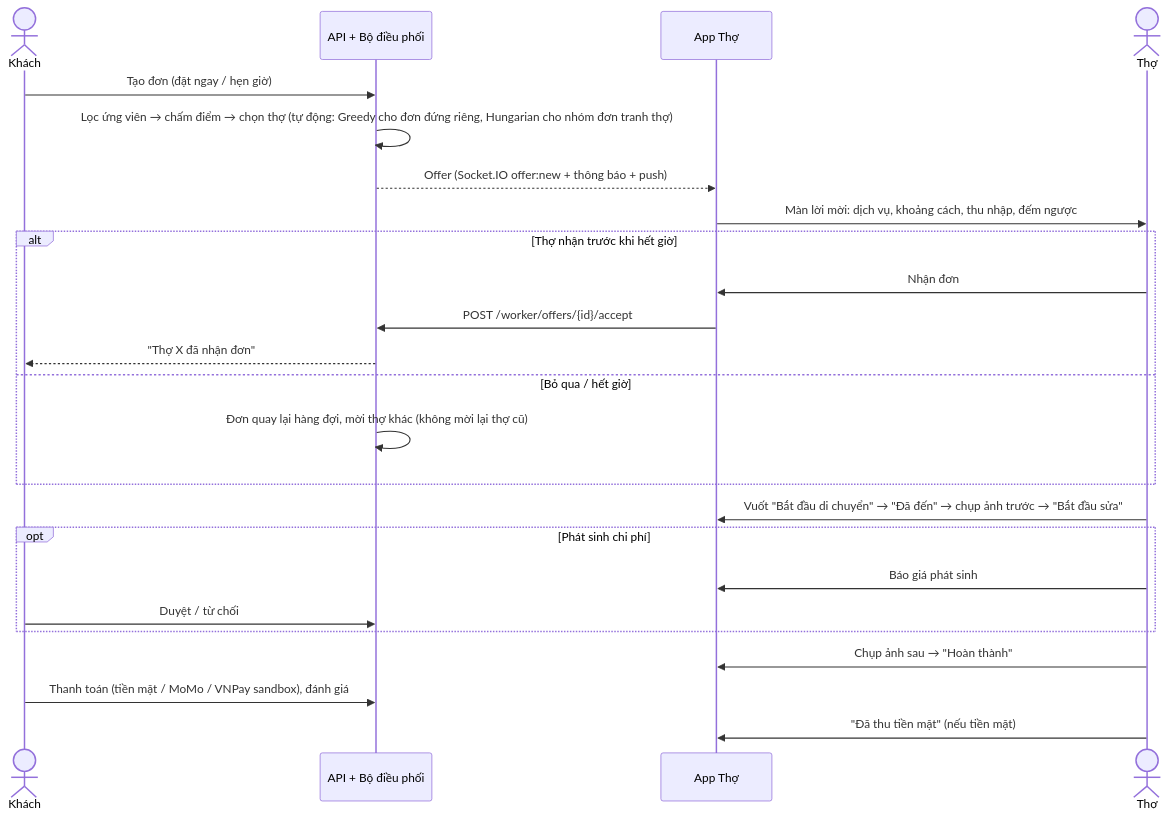
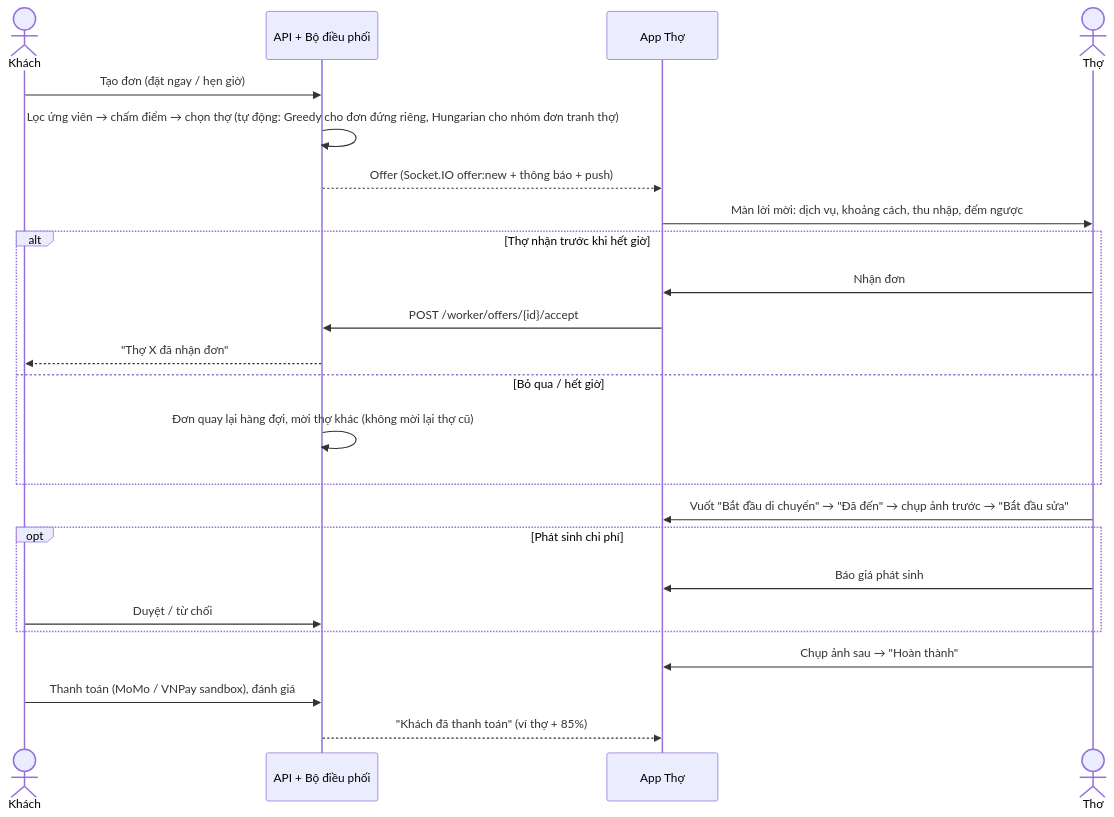
Before and after one commit to archuser-q/ReactJS: the second of 3 diagrams in thonhanh-worker-app/docs/THIET_KE_APP_THO.md, drawn with Mermaid. The commit also changed other lines of this file and 33 other files, not shown here.

````diff
--- a/thonhanh-worker-app/docs/THIET_KE_APP_THO.md
+++ b/thonhanh-worker-app/docs/THIET_KE_APP_THO.md
@@ -115,26 +115,26 @@
 ```mermaid
 sequenceDiagram
     actor K as Khách
     participant S as API + Bộ điều phối
     participant A as App Thợ
     actor T as Thợ
     K->>S: Tạo đơn (đặt ngay / hẹn giờ)
     S->>S: Lọc ứng viên → chấm điểm → chọn thợ (tự động: Greedy cho đơn đứng riêng, Hungarian cho nhóm đơn tranh thợ)
     S-->>A: Offer (Socket.IO offer:new + thông báo + push)
     A->>T: Màn lời mời: dịch vụ, khoảng cách, thu nhập, đếm ngược
     alt Thợ nhận trước khi hết giờ
         T->>A: Nhận đơn
         A->>S: POST /worker/offers/{id}/accept
         S-->>K: "Thợ X đã nhận đơn"
     else Bỏ qua / hết giờ
         S->>S: Đơn quay lại hàng đợi, mời thợ khác (không mời lại thợ cũ)
     end
     T->>A: Vuốt "Bắt đầu di chuyển" → "Đã đến" → chụp ảnh trước → "Bắt đầu sửa"
     opt Phát sinh chi phí
         T->>A: Báo giá phát sinh
         K->>S: Duyệt / từ chối
     end
     T->>A: Chụp ảnh sau → "Hoàn thành"
-    K->>S: Thanh toán (tiền mặt / MoMo / VNPay sandbox), đánh giá
-    T->>A: "Đã thu tiền mặt" (nếu tiền mặt)
+    K->>S: Thanh toán (MoMo / VNPay sandbox), đánh giá
+    S-->>A: "Khách đã thanh toán" (ví thợ + 85%)
 ```
````
